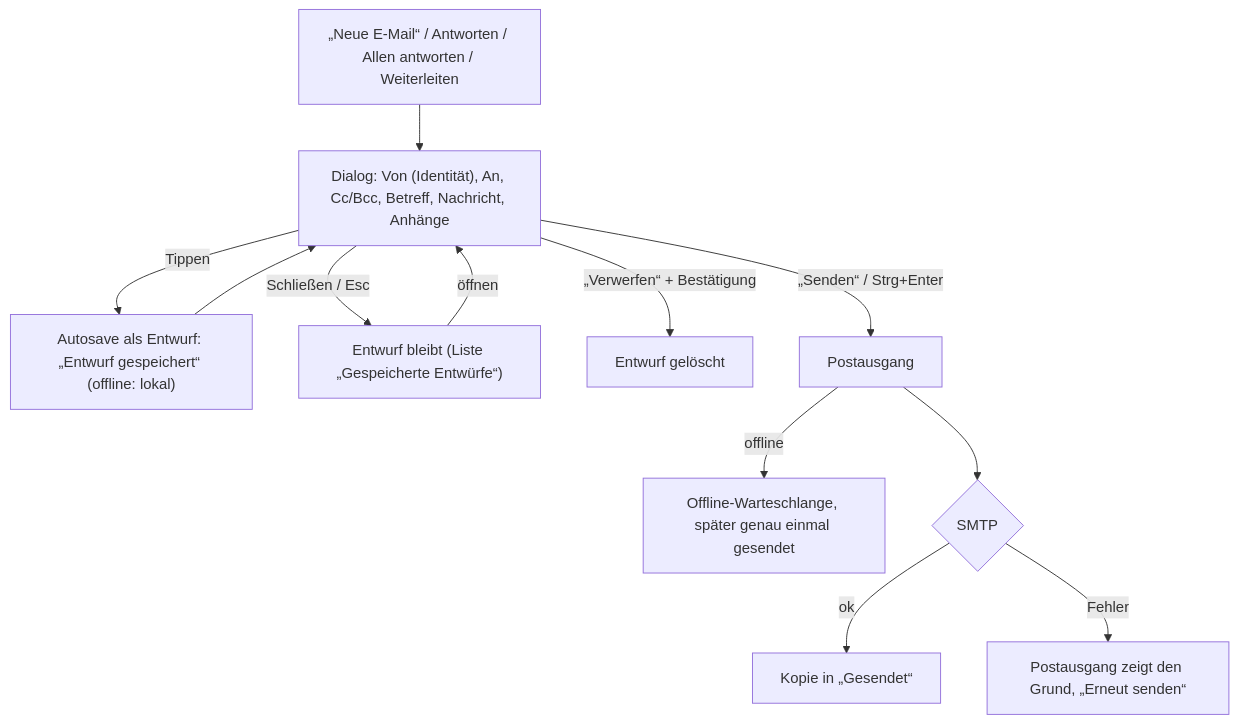
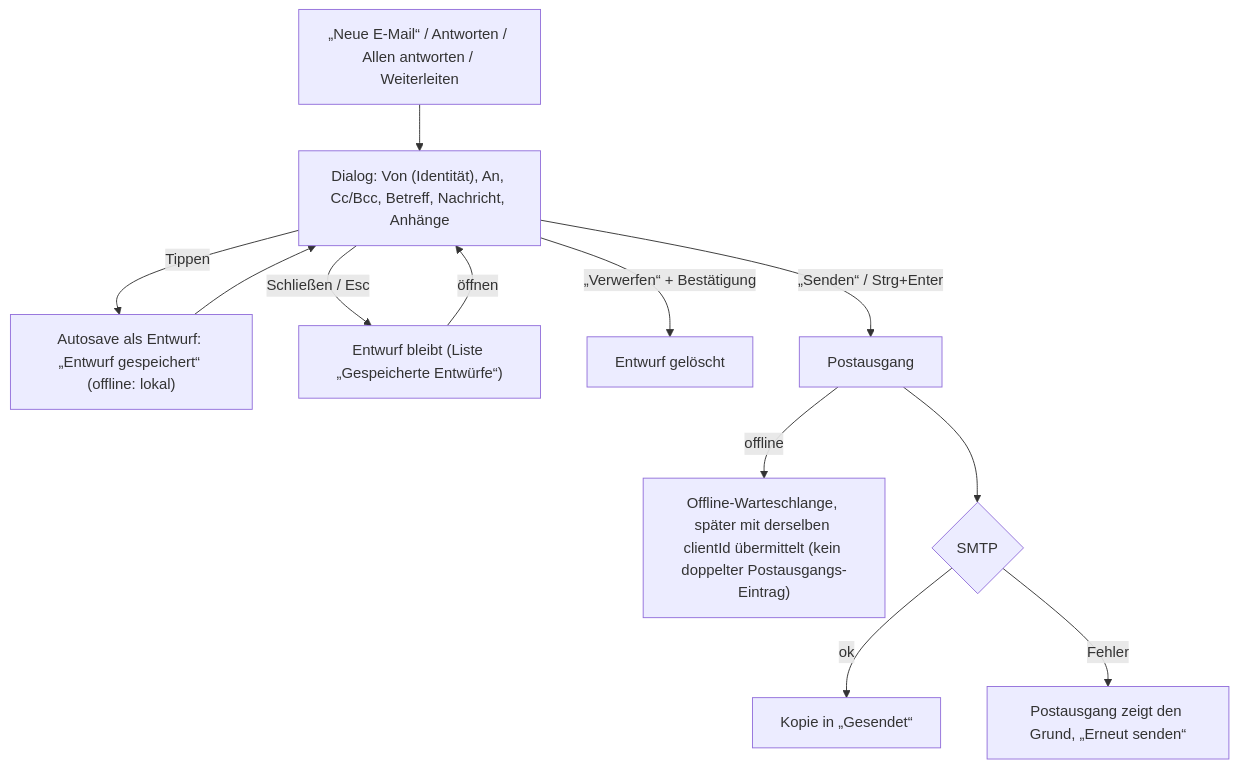
One commit to mszkb/fastmail-alternative changed the fourth of 5 diagrams in docs/product/ux-flows.md. Above: the diagram before and after it, drawn with Mermaid. The commit also changed other lines of this file and 2 other files, not shown here.

Commit message:
Correct docs claims flagged in review
UX flows: push opt-in has no browser test, the offline queue avoids a
duplicate outbox entry (clientId) rather than promising exactly-once
delivery. ADR-0006: offline search is a product decision, the provider
and latency criteria need measurements. Roadmap 1.2: the new CI checks
come with PR #89.

Refs #19, Refs #52

Claude-Session: https://claude.ai/code/session_01De2F6tHccPkCJPeWJzrvA7

````diff
--- a/docs/product/ux-flows.md
+++ b/docs/product/ux-flows.md
@@ -65,14 +65,14 @@
 ```mermaid
 flowchart TD
   A["„Neue E-Mail“ / Antworten / Allen antworten / Weiterleiten"] --> B["Dialog: Von (Identität), An, Cc/Bcc, Betreff, Nachricht, Anhänge"]
   B -- Tippen --> C["Autosave als Entwurf: „Entwurf gespeichert“ (offline: lokal)"]
   C --> B
   B -- "Schließen / Esc" --> D["Entwurf bleibt (Liste „Gespeicherte Entwürfe“)"]
   D -- öffnen --> B
   B -- "„Verwerfen“ + Bestätigung" --> E[Entwurf gelöscht]
   B -- "„Senden“ / Strg+Enter" --> F[Postausgang]
-  F -- offline --> G[Offline-Warteschlange, später genau einmal gesendet]
+  F -- offline --> G["Offline-Warteschlange, später mit derselben clientId übermittelt (kein doppelter Postausgangs-Eintrag)"]
   F --> H{SMTP}
   H -- ok --> I[Kopie in „Gesendet“]
   H -- Fehler --> J["Postausgang zeigt den Grund, „Erneut senden“"]
 ```
````
